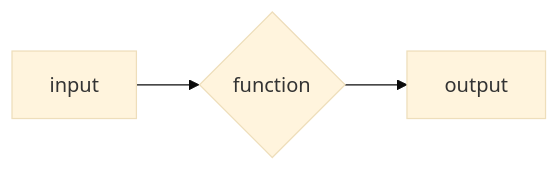
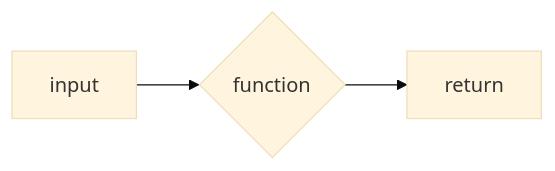
One commit to CodeYourFuture/curriculum changed the second of 3 diagrams in content/js1/sprints/2/prep/index.md. Above: the diagram before and after it, drawn with Mermaid (base theme). The commit also changed other lines of this file, not shown here.

````diff
--- a/content/js1/sprints/2/prep/index.md
+++ b/content/js1/sprints/2/prep/index.md
@@ -390,6 +395,6 @@
 ```mermaid
 
 flowchart LR
     A[input] --> B{function}
-    B --> C[output]
+    B --> C[return]
 ```
````
